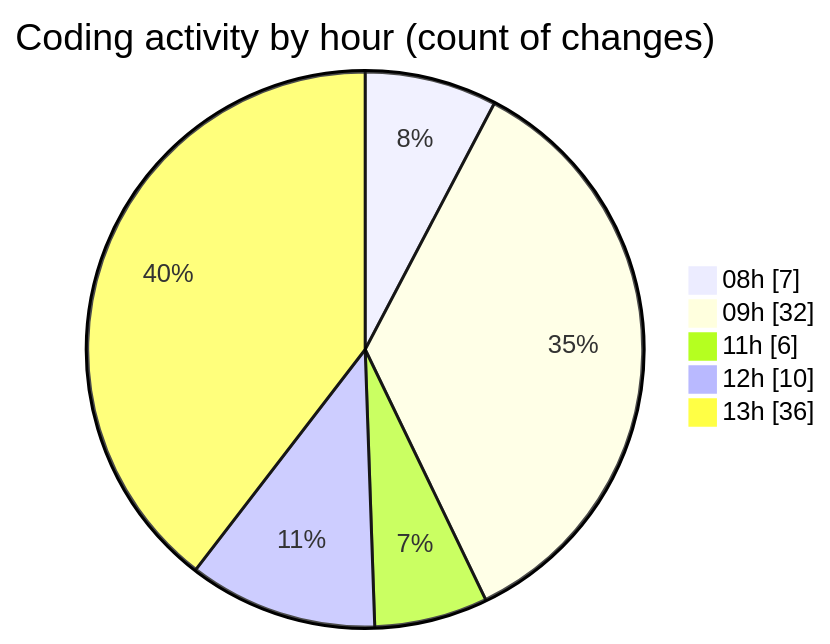
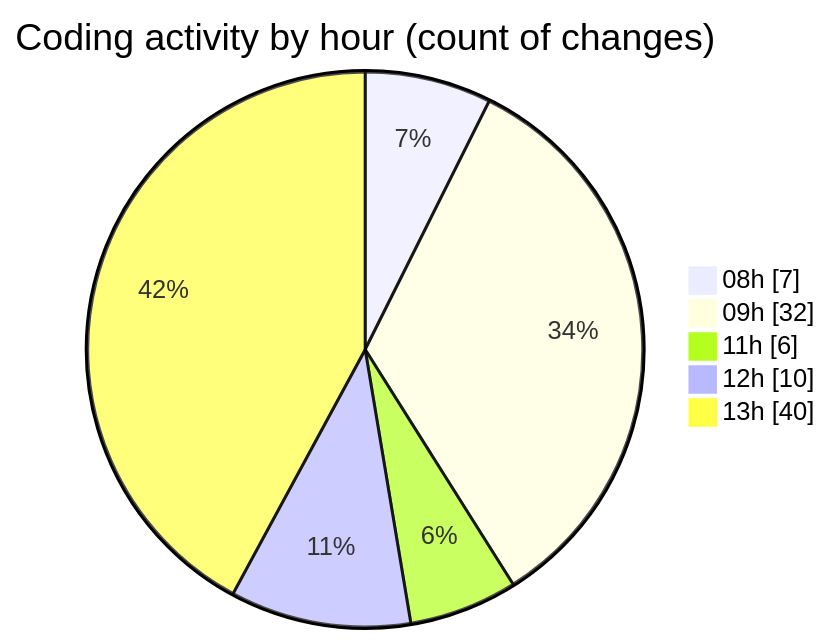
Before and after one commit to momahboobian/code-tracking: the second of 2 diagrams in 2026-09-04/cda/README.md, drawn with Mermaid. The commit also changed other lines of this file and 1 other file, not shown here.

````diff
--- a/2026-09-04/cda/README.md
+++ b/2026-09-04/cda/README.md
@@ -68,9 +68,9 @@
 ```mermaid
 pie showData
 title Coding activity by hour (count of changes)
 "08h" : 7
 "09h" : 32
 "11h" : 6
 "12h" : 10
-"13h" : 36
+"13h" : 40
 ```
````
